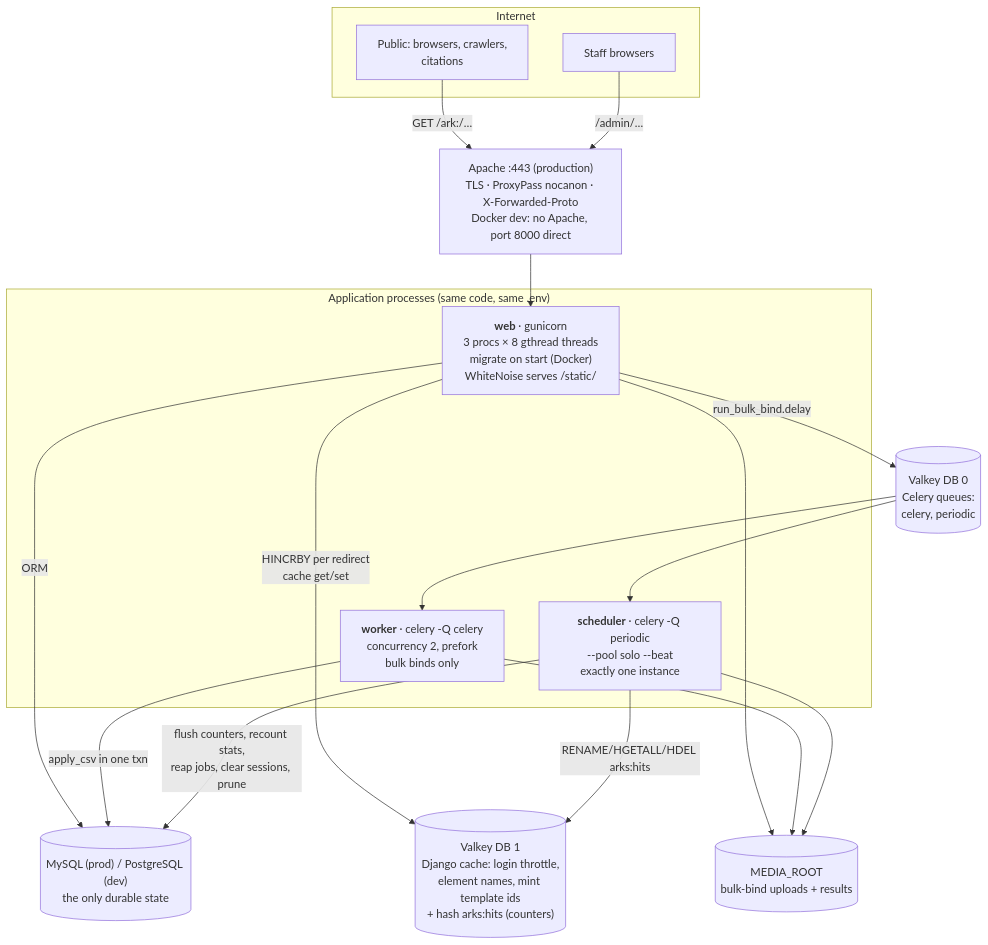
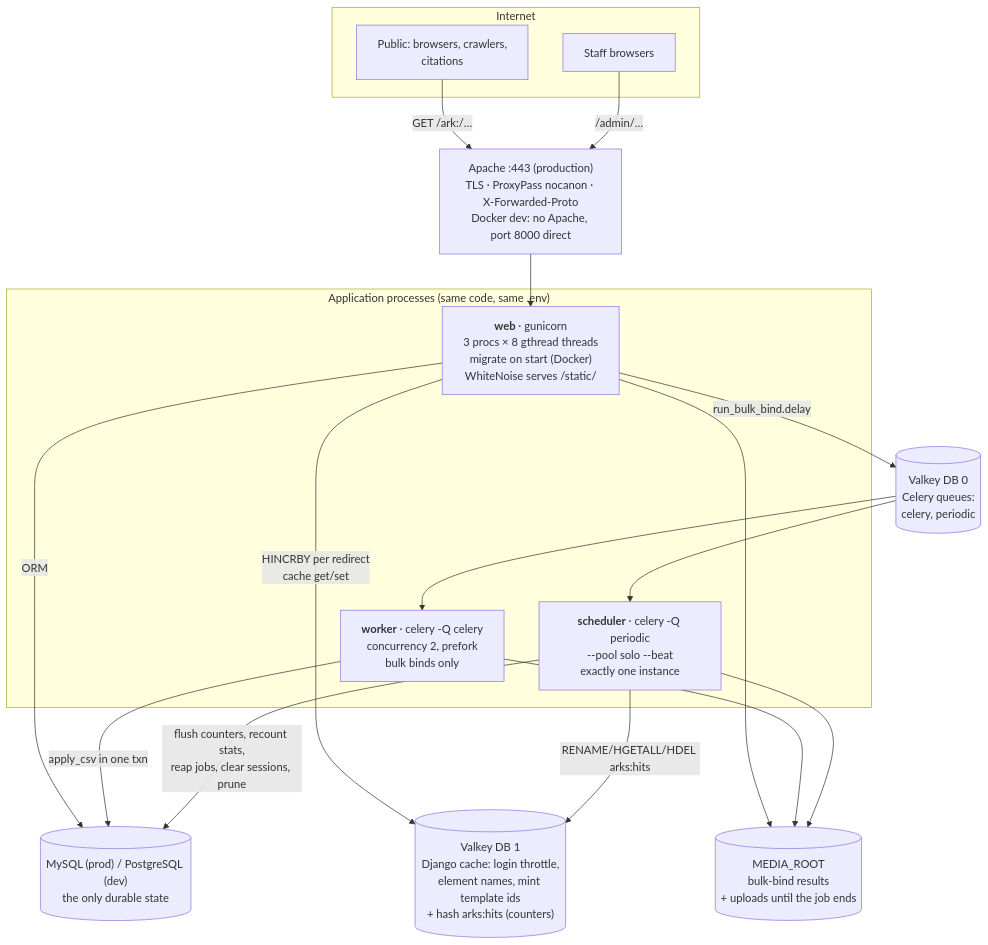
One commit to digitalutsc/arks-service changed the first of 13 diagrams in docs/GUIDES.md. Above: the diagram before and after it, drawn with Mermaid. The commit also changed other lines of this file and 7 other files, not shown here.

First line of the commit message:
Delete a bulk-bind upload as soon as its job ends

````diff
--- a/docs/GUIDES.md
+++ b/docs/GUIDES.md
@@ -152,35 +152,35 @@
 ```mermaid
 flowchart TB
     subgraph Internet
         PUB["Public: browsers, crawlers,<br/>citations"]
         STAFF["Staff browsers"]
     end
 
     AP["Apache :443 (production)<br/>TLS · ProxyPass nocanon · X-Forwarded-Proto<br/>Docker dev: no Apache, port 8000 direct"]
 
     subgraph App["Application processes (same code, same .env)"]
         WEB["<b>web</b> · gunicorn<br/>3 procs × 8 gthread threads<br/>migrate on start (Docker)<br/>WhiteNoise serves /static/"]
         WRK["<b>worker</b> · celery -Q celery<br/>concurrency 2, prefork<br/>bulk binds only"]
         SCH["<b>scheduler</b> · celery -Q periodic<br/>--pool solo --beat<br/>exactly one instance"]
     end
 
     DB[("MySQL (prod) / PostgreSQL (dev)<br/>the only durable state")]
     V0[("Valkey DB 0<br/>Celery queues:<br/>celery, periodic")]
     V1[("Valkey DB 1<br/>Django cache: login throttle,<br/>element names, mint template ids<br/>+ hash arks:hits (counters)")]
-    MEDIA[("MEDIA_ROOT<br/>bulk-bind uploads + results")]
+    MEDIA[("MEDIA_ROOT<br/>bulk-bind results<br/>+ uploads until the job ends")]
 
     PUB -->|"GET /ark:/…"| AP
     STAFF -->|"/admin/…"| AP
     AP --> WEB
     WEB -->|"ORM"| DB
     WEB -->|"HINCRBY per redirect<br/>cache get/set"| V1
     WEB -->|"run_bulk_bind.delay"| V0
     WEB --> MEDIA
     V0 --> WRK
     V0 --> SCH
     WRK -->|"apply_csv in one txn"| DB
     WRK --> MEDIA
     SCH -->|"flush counters, recount stats,<br/>reap jobs, clear sessions, prune"| DB
     SCH -->|"RENAME/HGETALL/HDEL arks:hits"| V1
     SCH --> MEDIA
 ```
````
